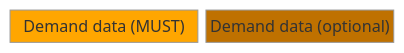
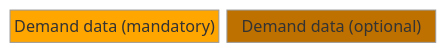
Before and after one commit to eclipse-tractusx/eclipse-tractusx.github.io: the second of 12 diagrams in docs-kits/kits/DCM-Kit/page_development-view.md, drawn with Mermaid (neutral theme). The commit also changed other lines of this file, not shown here.

````diff
--- a/docs-kits/kits/DCM-Kit/page_development-view.md
+++ b/docs-kits/kits/DCM-Kit/page_development-view.md
@@ -90,5 +95,5 @@
 ```mermaid
 block-beta
-A["Demand data (MUST)"] style A fill:#FFA600,color:#F4F2F3
+A["Demand data (mandatory)"] style A fill:#FFA600,color:#000000
 B["Demand data (optional)"] style B fill:#BF7100,color:#F4F2F3
 ```
````
